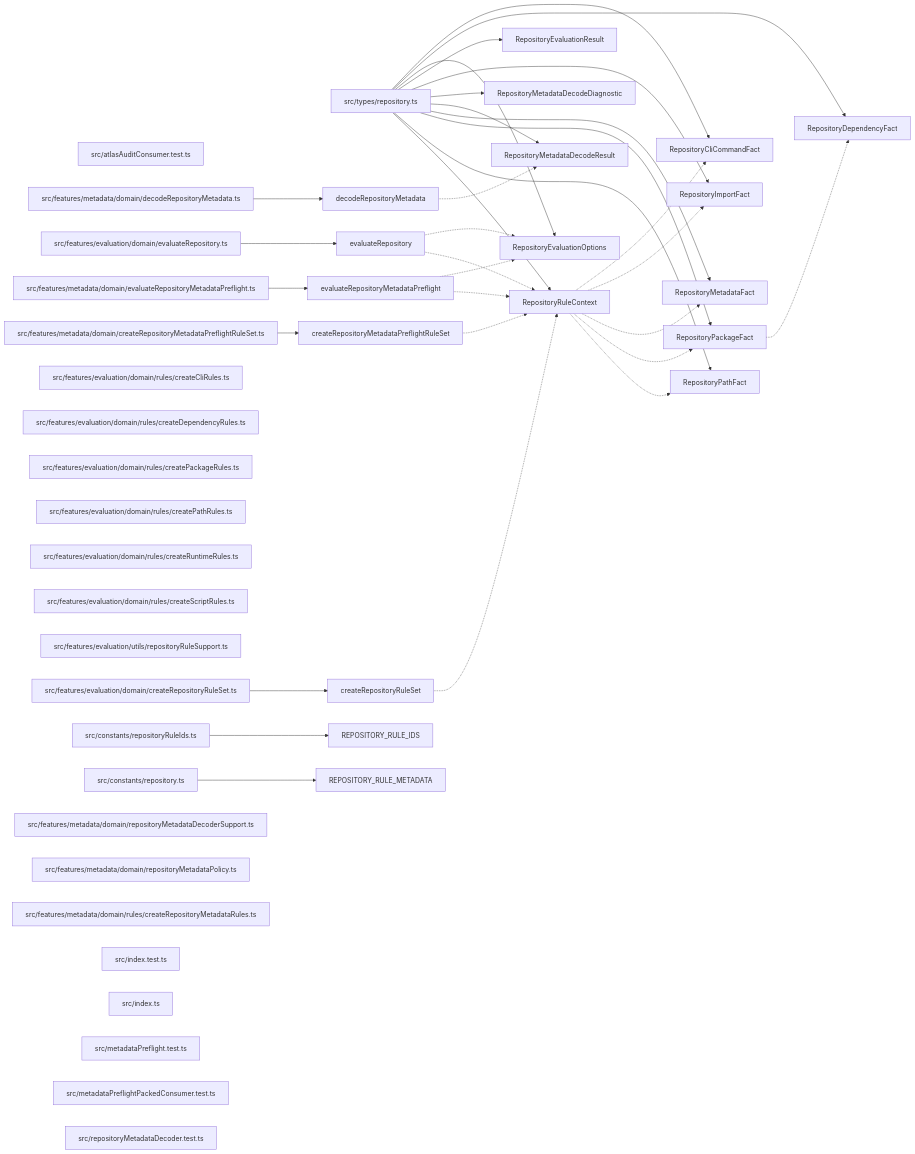
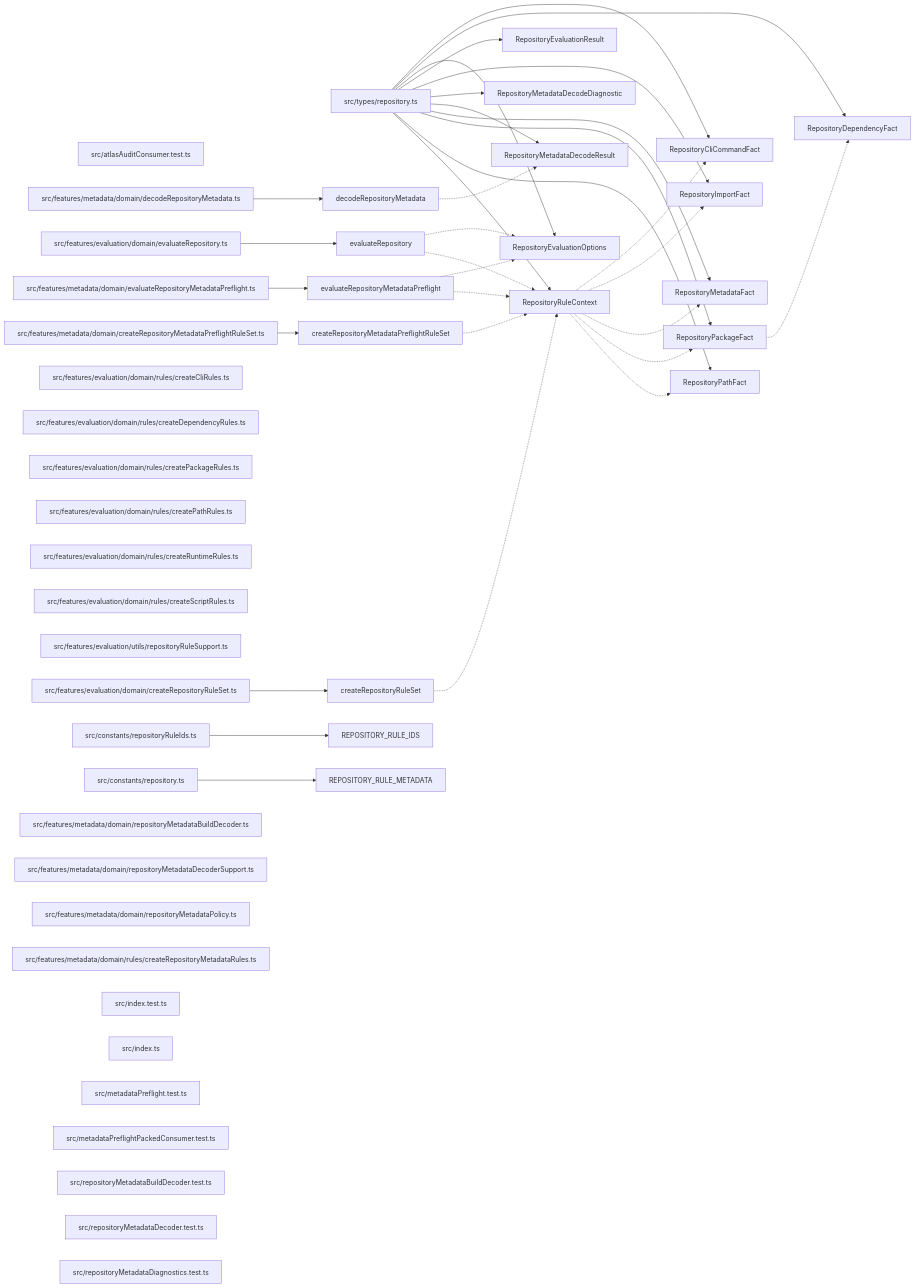
One commit to ankhorage/rules-repository changed the diagram in paradox/diagrams/export-graph.mmd. Above: the diagram before and after it, drawn with Mermaid. The commit also changed 11 other files, not shown here.

```diff
--- a/paradox/diagrams/export-graph.mmd
+++ b/paradox/diagrams/export-graph.mmd
@@ -1,74 +1,77 @@
 graph LR
   module_src_atlasAuditConsumer_test_ts["src/atlasAuditConsumer.test.ts"]
   module_src_constants_repository_ts["src/constants/repository.ts"]
   module_src_constants_repositoryRuleIds_ts["src/constants/repositoryRuleIds.ts"]
   module_src_features_evaluation_domain_createRepositoryRuleSet_ts["src/features/evaluation/domain/createRepositoryRuleSet.ts"]
   module_src_features_evaluation_domain_evaluateRepository_ts["src/features/evaluation/domain/evaluateRepository.ts"]
   module_src_features_evaluation_domain_rules_createCliRules_ts["src/features/evaluation/domain/rules/createCliRules.ts"]
   module_src_features_evaluation_domain_rules_createDependencyRules_ts["src/features/evaluation/domain/rules/createDependencyRules.ts"]
   module_src_features_evaluation_domain_rules_createPackageRules_ts["src/features/evaluation/domain/rules/createPackageRules.ts"]
   module_src_features_evaluation_domain_rules_createPathRules_ts["src/features/evaluation/domain/rules/createPathRules.ts"]
   module_src_features_evaluation_domain_rules_createRuntimeRules_ts["src/features/evaluation/domain/rules/createRuntimeRules.ts"]
   module_src_features_evaluation_domain_rules_createScriptRules_ts["src/features/evaluation/domain/rules/createScriptRules.ts"]
   module_src_features_evaluation_utils_repositoryRuleSupport_ts["src/features/evaluation/utils/repositoryRuleSupport.ts"]
   module_src_features_metadata_domain_createRepositoryMetadataPreflightRuleSet_ts["src/features/metadata/domain/createRepositoryMetadataPreflightRuleSet.ts"]
   module_src_features_metadata_domain_decodeRepositoryMetadata_ts["src/features/metadata/domain/decodeRepositoryMetadata.ts"]
   module_src_features_metadata_domain_evaluateRepositoryMetadataPreflight_ts["src/features/metadata/domain/evaluateRepositoryMetadataPreflight.ts"]
+  module_src_features_metadata_domain_repositoryMetadataBuildDecoder_ts["src/features/metadata/domain/repositoryMetadataBuildDecoder.ts"]
   module_src_features_metadata_domain_repositoryMetadataDecoderSupport_ts["src/features/metadata/domain/repositoryMetadataDecoderSupport.ts"]
   module_src_features_metadata_domain_repositoryMetadataPolicy_ts["src/features/metadata/domain/repositoryMetadataPolicy.ts"]
   module_src_features_metadata_domain_rules_createRepositoryMetadataRules_ts["src/features/metadata/domain/rules/createRepositoryMetadataRules.ts"]
   module_src_index_test_ts["src/index.test.ts"]
   module_src_index_ts["src/index.ts"]
   module_src_metadataPreflight_test_ts["src/metadataPreflight.test.ts"]
   module_src_metadataPreflightPackedConsumer_test_ts["src/metadataPreflightPackedConsumer.test.ts"]
+  module_src_repositoryMetadataBuildDecoder_test_ts["src/repositoryMetadataBuildDecoder.test.ts"]
   module_src_repositoryMetadataDecoder_test_ts["src/repositoryMetadataDecoder.test.ts"]
+  module_src_repositoryMetadataDiagnostics_test_ts["src/repositoryMetadataDiagnostics.test.ts"]
   module_src_types_repository_ts["src/types/repository.ts"]
   export_createRepositoryMetadataPreflightRuleSet["createRepositoryMetadataPreflightRuleSet"]
   module_src_features_metadata_domain_createRepositoryMetadataPreflightRuleSet_ts --> export_createRepositoryMetadataPreflightRuleSet
   export_createRepositoryMetadataPreflightRuleSet -.-> export_RepositoryRuleContext
   export_createRepositoryRuleSet["createRepositoryRuleSet"]
   module_src_features_evaluation_domain_createRepositoryRuleSet_ts --> export_createRepositoryRuleSet
   export_createRepositoryRuleSet -.-> export_RepositoryRuleContext
   export_decodeRepositoryMetadata["decodeRepositoryMetadata"]
   module_src_features_metadata_domain_decodeRepositoryMetadata_ts --> export_decodeRepositoryMetadata
   export_decodeRepositoryMetadata -.-> export_RepositoryMetadataDecodeResult
   export_evaluateRepository["evaluateRepository"]
   module_src_features_evaluation_domain_evaluateRepository_ts --> export_evaluateRepository
   export_evaluateRepository -.-> export_RepositoryEvaluationOptions
   export_evaluateRepository -.-> export_RepositoryRuleContext
   export_evaluateRepositoryMetadataPreflight["evaluateRepositoryMetadataPreflight"]
   module_src_features_metadata_domain_evaluateRepositoryMetadataPreflight_ts --> export_evaluateRepositoryMetadataPreflight
   export_evaluateRepositoryMetadataPreflight -.-> export_RepositoryEvaluationOptions
   export_evaluateRepositoryMetadataPreflight -.-> export_RepositoryRuleContext
   export_REPOSITORY_RULE_IDS["REPOSITORY_RULE_IDS"]
   module_src_constants_repositoryRuleIds_ts --> export_REPOSITORY_RULE_IDS
   export_REPOSITORY_RULE_METADATA["REPOSITORY_RULE_METADATA"]
   module_src_constants_repository_ts --> export_REPOSITORY_RULE_METADATA
   export_RepositoryCliCommandFact["RepositoryCliCommandFact"]
   module_src_types_repository_ts --> export_RepositoryCliCommandFact
   export_RepositoryDependencyFact["RepositoryDependencyFact"]
   module_src_types_repository_ts --> export_RepositoryDependencyFact
   export_RepositoryEvaluationOptions["RepositoryEvaluationOptions"]
   module_src_types_repository_ts --> export_RepositoryEvaluationOptions
   export_RepositoryEvaluationResult["RepositoryEvaluationResult"]
   module_src_types_repository_ts --> export_RepositoryEvaluationResult
   export_RepositoryImportFact["RepositoryImportFact"]
   module_src_types_repository_ts --> export_RepositoryImportFact
   export_RepositoryMetadataDecodeDiagnostic["RepositoryMetadataDecodeDiagnostic"]
   module_src_types_repository_ts --> export_RepositoryMetadataDecodeDiagnostic
   export_RepositoryMetadataDecodeResult["RepositoryMetadataDecodeResult"]
   module_src_types_repository_ts --> export_RepositoryMetadataDecodeResult
   export_RepositoryMetadataFact["RepositoryMetadataFact"]
   module_src_types_repository_ts --> export_RepositoryMetadataFact
   export_RepositoryPackageFact["RepositoryPackageFact"]
   module_src_types_repository_ts --> export_RepositoryPackageFact
   export_RepositoryPackageFact -.-> export_RepositoryDependencyFact
   export_RepositoryPathFact["RepositoryPathFact"]
   module_src_types_repository_ts --> export_RepositoryPathFact
   export_RepositoryRuleContext["RepositoryRuleContext"]
   module_src_types_repository_ts --> export_RepositoryRuleContext
   export_RepositoryRuleContext -.-> export_RepositoryCliCommandFact
   export_RepositoryRuleContext -.-> export_RepositoryImportFact
   export_RepositoryRuleContext -.-> export_RepositoryMetadataFact
   export_RepositoryRuleContext -.-> export_RepositoryPackageFact
   export_RepositoryRuleContext -.-> export_RepositoryPathFact
```
